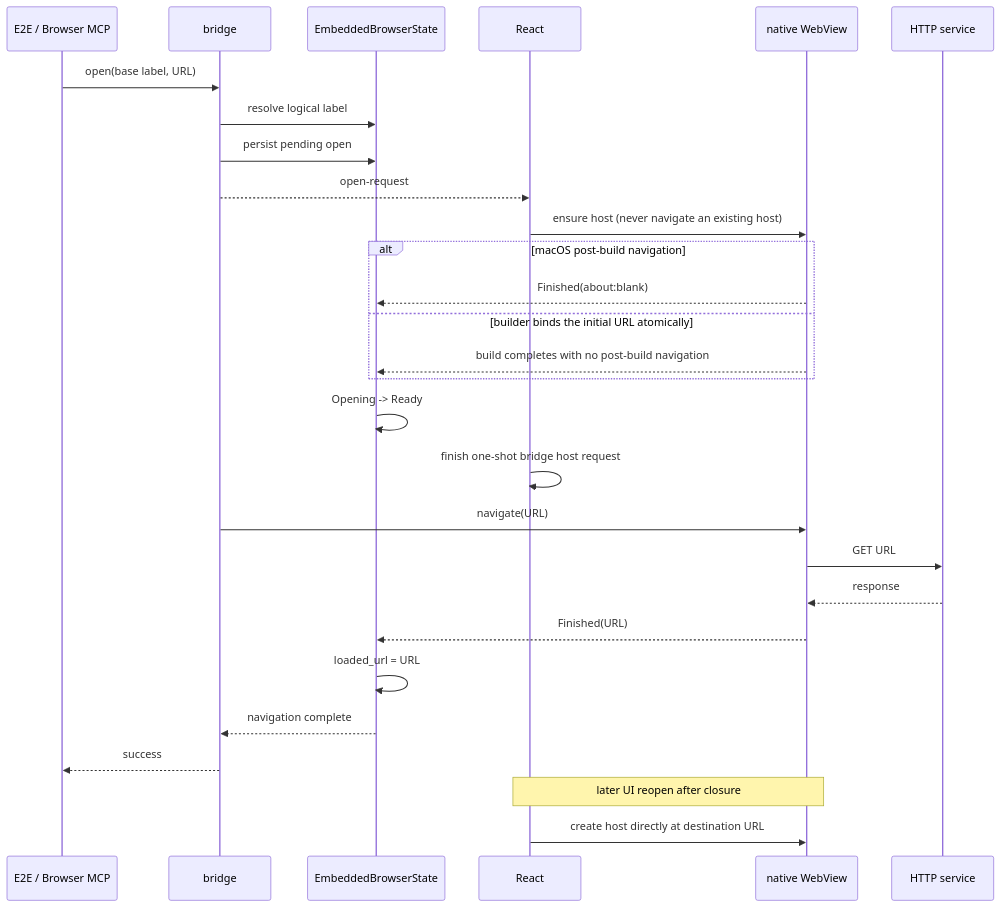
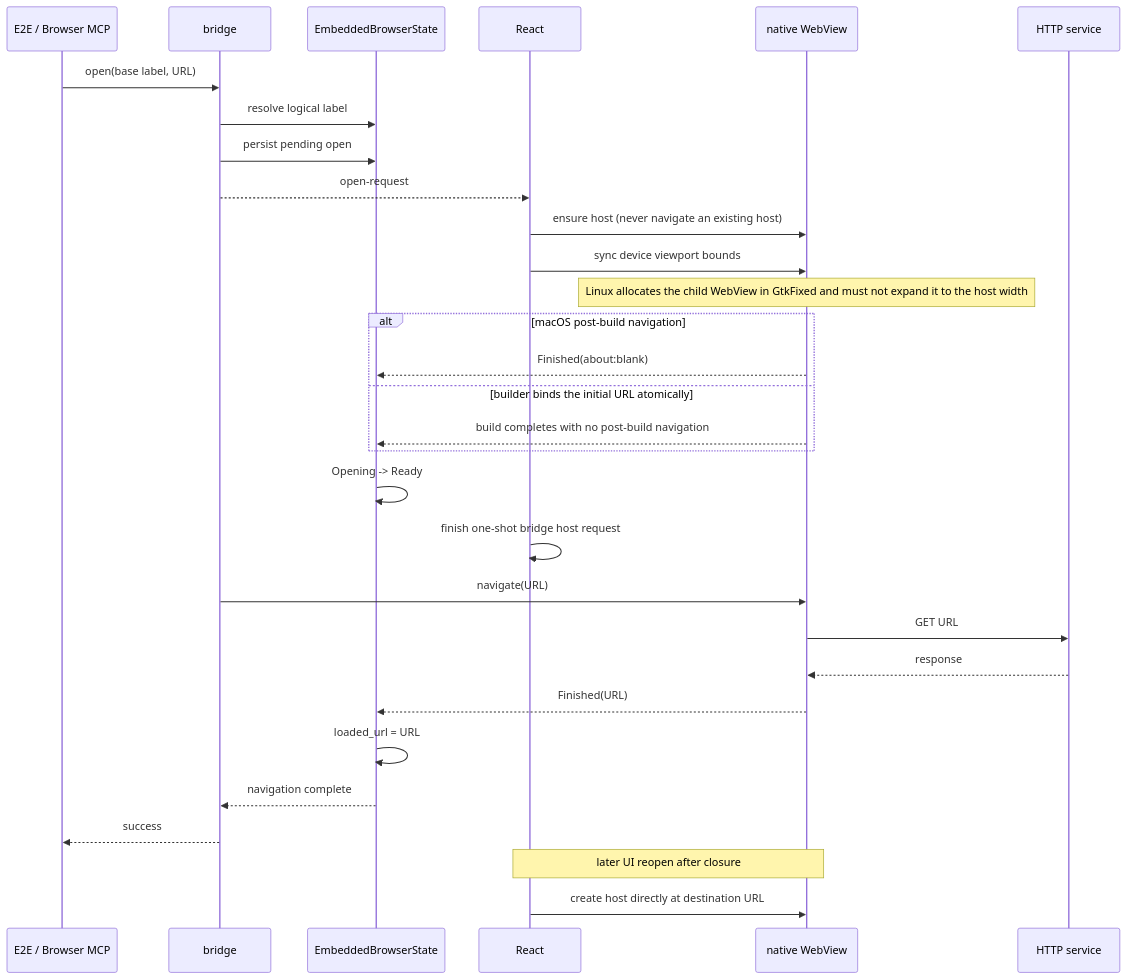
One commit to wecode-ai/wegent-docs changed the second of 2 diagrams in docs/architecture/embedded-browser.md. Above: the diagram before and after it, drawn with Mermaid. The commit also changed other lines of this file and 1 other file, not shown here.

Commit message:
Sync documentation from main Wegent repository

````diff
--- a/docs/architecture/embedded-browser.md
+++ b/docs/architecture/embedded-browser.md
@@ -31,32 +33,34 @@
 ```mermaid
 sequenceDiagram
     participant C as E2E / Browser MCP
     participant B as bridge
     participant S as EmbeddedBrowserState
     participant R as React
     participant W as native WebView
     participant H as HTTP service
 
     C->>B: open(base label, URL)
     B->>S: resolve logical label
     B->>S: persist pending open
     B-->>R: open-request
     R->>W: ensure host (never navigate an existing host)
+    R->>W: sync device viewport bounds
+    Note over W: Linux allocates the child WebView in GtkFixed and must not expand it to the host width
     alt macOS post-build navigation
         W-->>S: Finished(about:blank)
     else builder binds the initial URL atomically
         W-->>S: build completes with no post-build navigation
     end
     S->>S: Opening -> Ready
     R->>R: finish one-shot bridge host request
     B->>W: navigate(URL)
     W->>H: GET URL
     H-->>W: response
     W-->>S: Finished(URL)
     S->>S: loaded_url = URL
     S-->>B: navigation complete
     B-->>C: success
 
     Note over R,W: later UI reopen after closure
     R->>W: create host directly at destination URL
 ```
````
